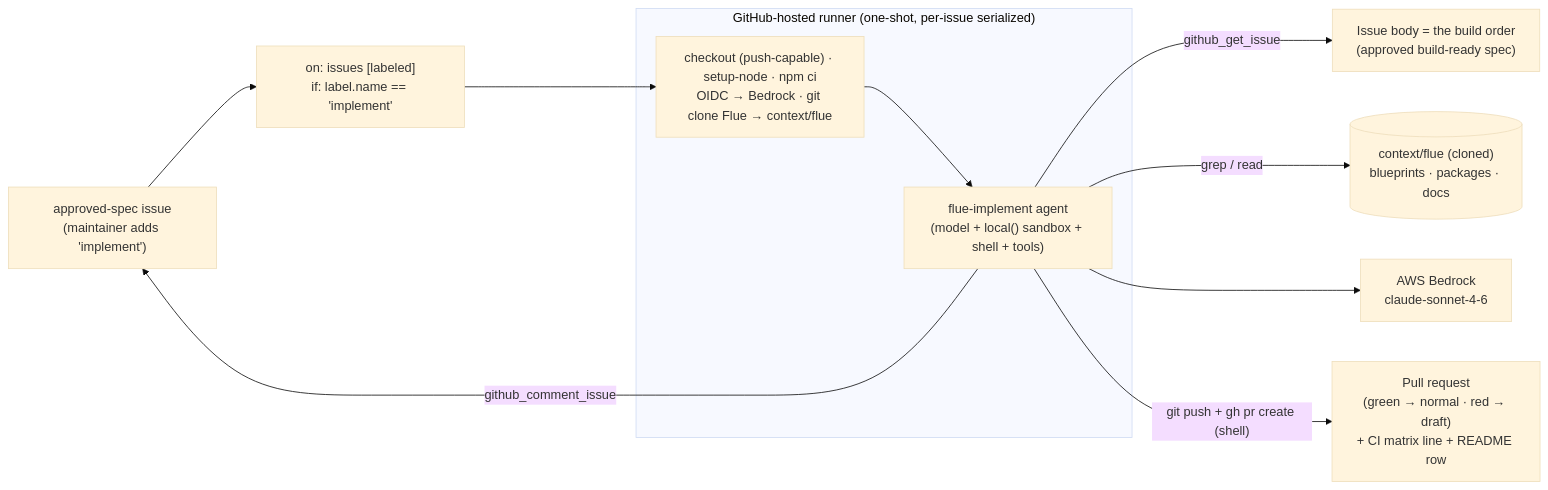
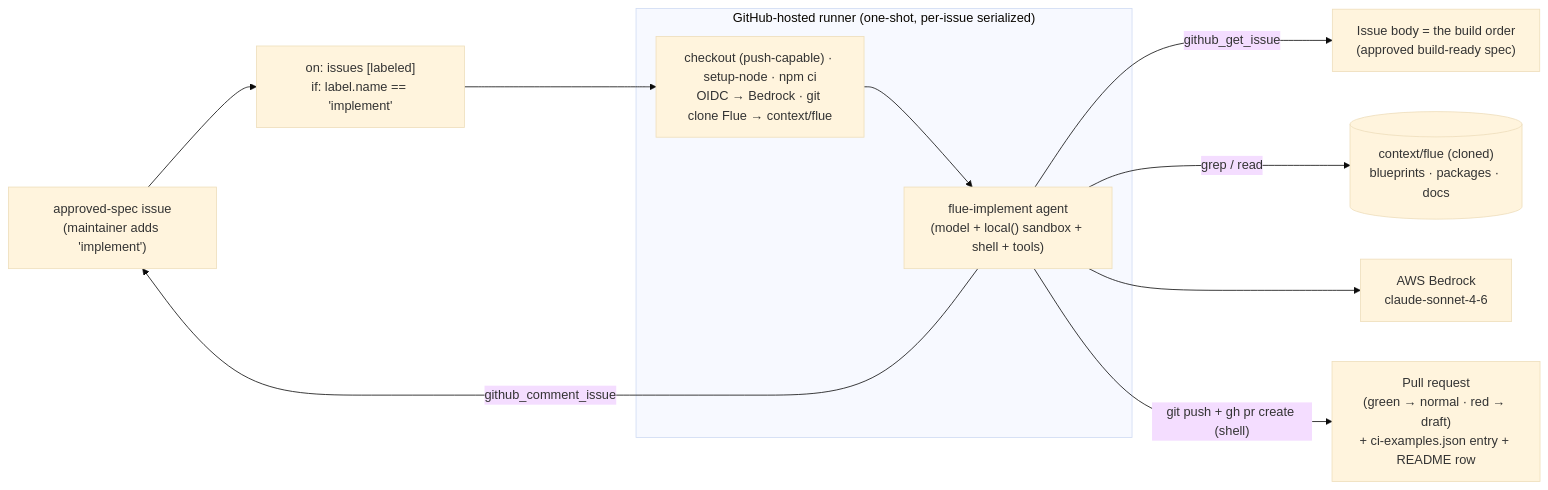
One commit to hjgraca/agentic-sdlc changed the diagram in examples/implement-github-actions/README.md. Above: the diagram before and after it, drawn with Mermaid (base theme). The commit also changed other lines of this file and 4 other files, not shown here.

First line of the commit message:
ci: drive the example matrix from .github/ci-examples.json

````diff
--- a/examples/implement-github-actions/README.md
+++ b/examples/implement-github-actions/README.md
@@ -45,23 +45,23 @@
 ```mermaid
 flowchart LR
     Label["approved-spec issue<br/>(maintainer adds 'implement')"]
     Event["on: issues [labeled]<br/>if: label.name == 'implement'"]
 
     subgraph runner["GitHub-hosted runner (one-shot, per-issue serialized)"]
         Before["checkout (push-capable) · setup-node · npm ci<br/>OIDC → Bedrock · git clone Flue → context/flue"]
         Agent["flue-implement agent<br/>(model + local() sandbox + shell + tools)"]
         Before --> Agent
     end
 
     Spec["Issue body = the build order<br/>(approved build-ready spec)"]
     Flue[("context/flue (cloned)<br/>blueprints · packages · docs")]
     Bedrock["AWS Bedrock<br/>claude-sonnet-4-6"]
-    PR["Pull request<br/>(green → normal · red → draft)<br/>+ CI matrix line + README row"]
+    PR["Pull request<br/>(green → normal · red → draft)<br/>+ ci-examples.json entry + README row"]
 
     Label --> Event --> Before
     Agent -->|github_get_issue| Spec
     Agent -->|grep / read| Flue
     Agent --> Bedrock
     Agent -->|"git push + gh pr create (shell)"| PR
     Agent -->|github_comment_issue| Label
 ```
````
